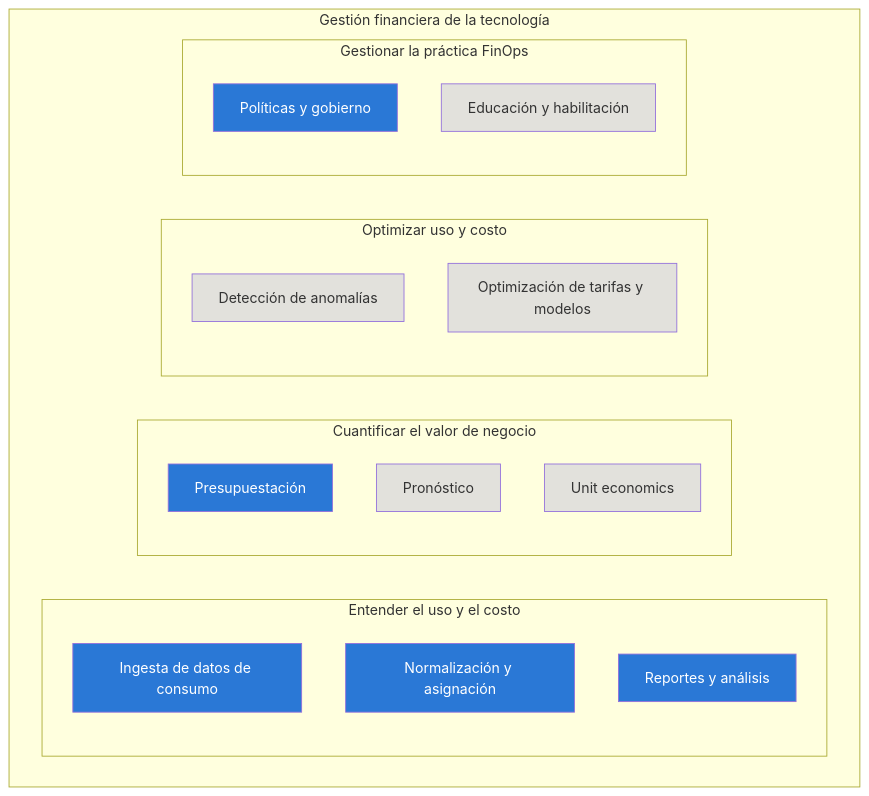
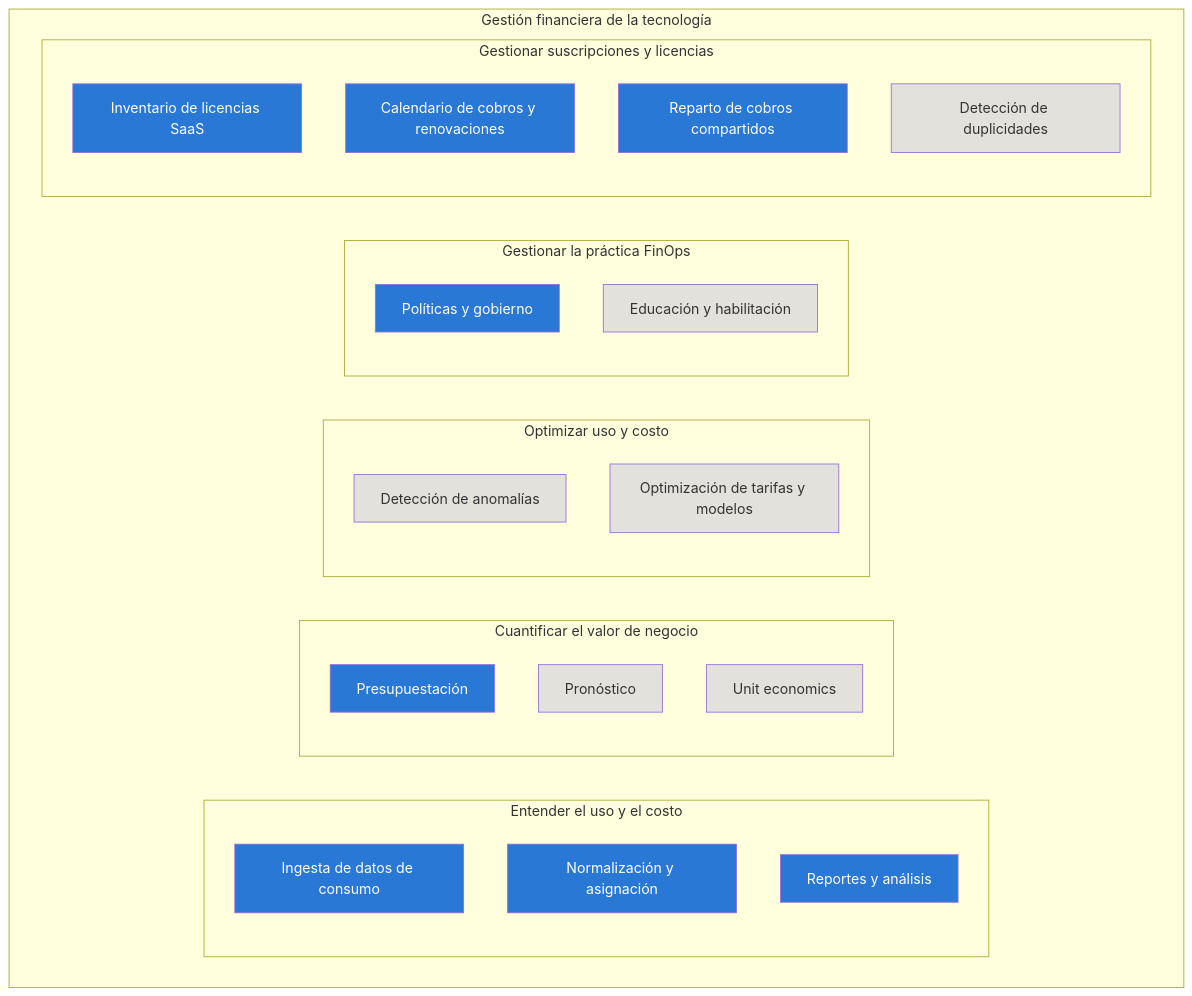
The first of 4 diagrams in docs/05-arquitectura-empresarial.md (JimmySaito/radar-de-gastos-arquitectura), drawn with Mermaid before and after one commit. The commit also changed other lines of this file and 5 other files, not shown here.

````diff
--- a/docs/05-arquitectura-empresarial.md
+++ b/docs/05-arquitectura-empresarial.md
@@ -34,27 +34,33 @@
 ```mermaid
 flowchart TB
   subgraph L0 [Gestión financiera de la tecnología]
     subgraph C1 [Entender el uso y el costo]
       c11[Ingesta de datos de consumo]
       c12[Normalización y asignación]
       c13[Reportes y análisis]
     end
     subgraph C2 [Cuantificar el valor de negocio]
       c21[Presupuestación]
       c22[Pronóstico]
       c23[Unit economics]
     end
     subgraph C3 [Optimizar uso y costo]
       c31[Detección de anomalías]
       c32[Optimización de tarifas y modelos]
     end
     subgraph C4 [Gestionar la práctica FinOps]
       c41[Políticas y gobierno]
       c42[Educación y habilitación]
     end
+    subgraph C5 [Gestionar suscripciones y licencias]
+      c51[Inventario de licencias SaaS]
+      c52[Calendario de cobros y renovaciones]
+      c53[Reparto de cobros compartidos]
+      c54[Detección de duplicidades]
+    end
   end
   classDef poc fill:#2a78d6,color:#fff
   classDef future fill:#e2e1dc,color:#333
-  class c11,c12,c13,c21,c41 poc
-  class c22,c23,c31,c32,c42 future
+  class c11,c12,c13,c21,c41,c51,c52,c53 poc
+  class c22,c23,c31,c32,c42,c54 future
 ```
````
